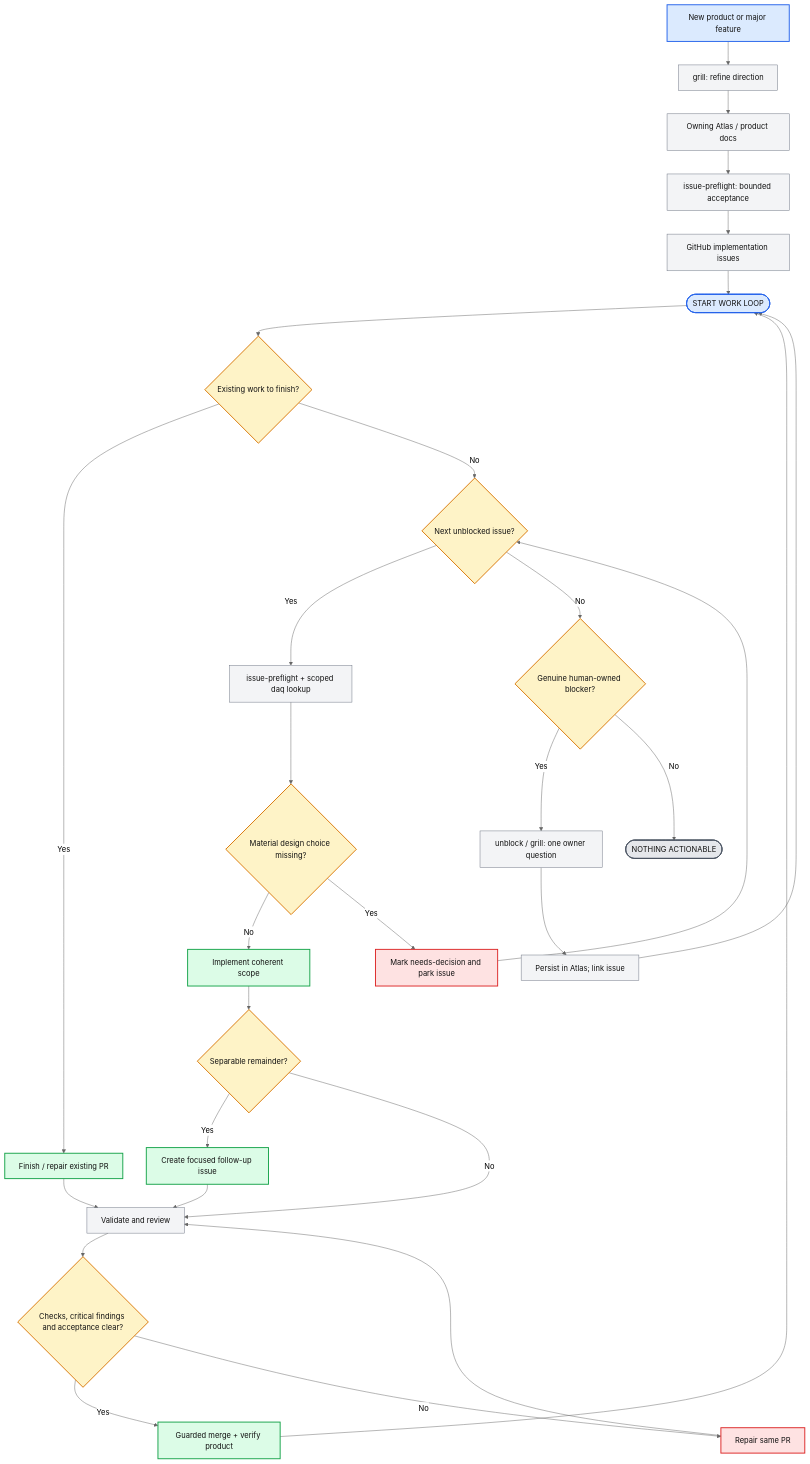
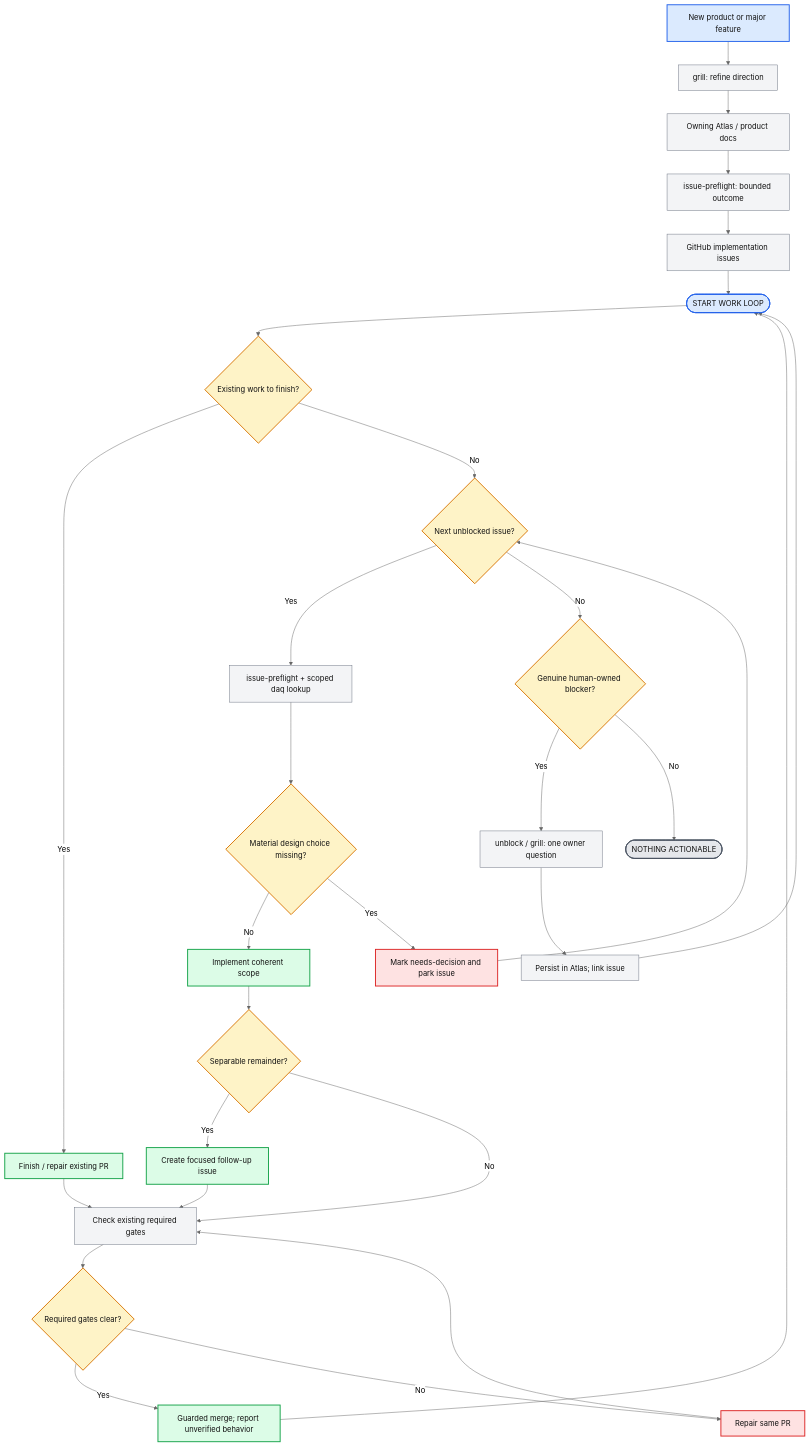
One commit to moritzbrantner/dotfiles changed the diagram in README.md. Above: the diagram before and after it, drawn with Mermaid (neutral theme). The commit also changed other lines of this file, not shown here.

Commit message:
docs(readme): document happy-path execution and exceptional acceptance

````diff
--- a/README.md
+++ b/README.md
@@ -127,40 +123,40 @@
 ```mermaid
 flowchart TD
     IDEA[New product or major feature]:::start --> GRILL[grill: refine direction]:::action
     GRILL --> ATLAS[Owning Atlas / product docs]:::action
-    ATLAS --> PREFLIGHT[issue-preflight: bounded acceptance]:::action
+    ATLAS --> PREFLIGHT[issue-preflight: bounded outcome]:::action
     PREFLIGHT --> ISSUES[GitHub implementation issues]:::action
     ISSUES --> START([START WORK LOOP]):::start
 
     START --> EXISTING{Existing work to finish?}:::question
     EXISTING -->|Yes| FINISH[Finish / repair existing PR]:::yes
-    FINISH --> VERIFY[Validate and review]:::action
+    FINISH --> VERIFY[Check existing required gates]:::action
     EXISTING -->|No| ISSUE{Next unblocked issue?}:::question
     ISSUE -->|Yes| INTENT[issue-preflight + scoped daq lookup]:::action
     INTENT --> GAP{Material design choice missing?}:::question
     GAP -->|No| IMPLEMENT[Implement coherent scope]:::yes
     GAP -->|Yes| BLOCK[Mark needs-decision and park issue]:::no
     BLOCK --> ISSUE
     DECISION -->|Yes| ASK[unblock / grill: one owner question]:::action
     ISSUE -->|No| DECISION{Genuine human-owned blocker?}:::question
     DECISION -->|No| DONE([NOTHING ACTIONABLE]):::stop
     ASK --> RECORD[Persist in Atlas; link issue]:::action
     RECORD --> START
 
     IMPLEMENT --> EXTRA{Separable remainder?}:::question
     EXTRA -->|Yes| FOLLOWUP[Create focused follow-up issue]:::yes
     EXTRA -->|No| VERIFY
     FOLLOWUP --> VERIFY
-    VERIFY --> PASS{Checks, critical findings and acceptance clear?}:::question
-    PASS -->|Yes| MERGE[Guarded merge + verify product]:::yes
+    VERIFY --> PASS{Required gates clear?}:::question
+    PASS -->|Yes| MERGE[Guarded merge; report unverified behavior]:::yes
     PASS -->|No| FIX[Repair same PR]:::no
     FIX --> VERIFY
     MERGE --> START
 
     classDef start fill:#dbeafe,stroke:#2563eb,stroke-width:2px,color:#111;
     classDef stop fill:#e5e7eb,stroke:#4b5563,stroke-width:2px,color:#111;
     classDef question fill:#fef3c7,stroke:#d97706,stroke-width:2px,color:#111;
     classDef yes fill:#dcfce7,stroke:#16a34a,stroke-width:2px,color:#111;
     classDef no fill:#fee2e2,stroke:#dc2626,stroke-width:2px,color:#111;
     classDef action fill:#f3f4f6,stroke:#6b7280,stroke-width:1px,color:#111;
 ```
````
